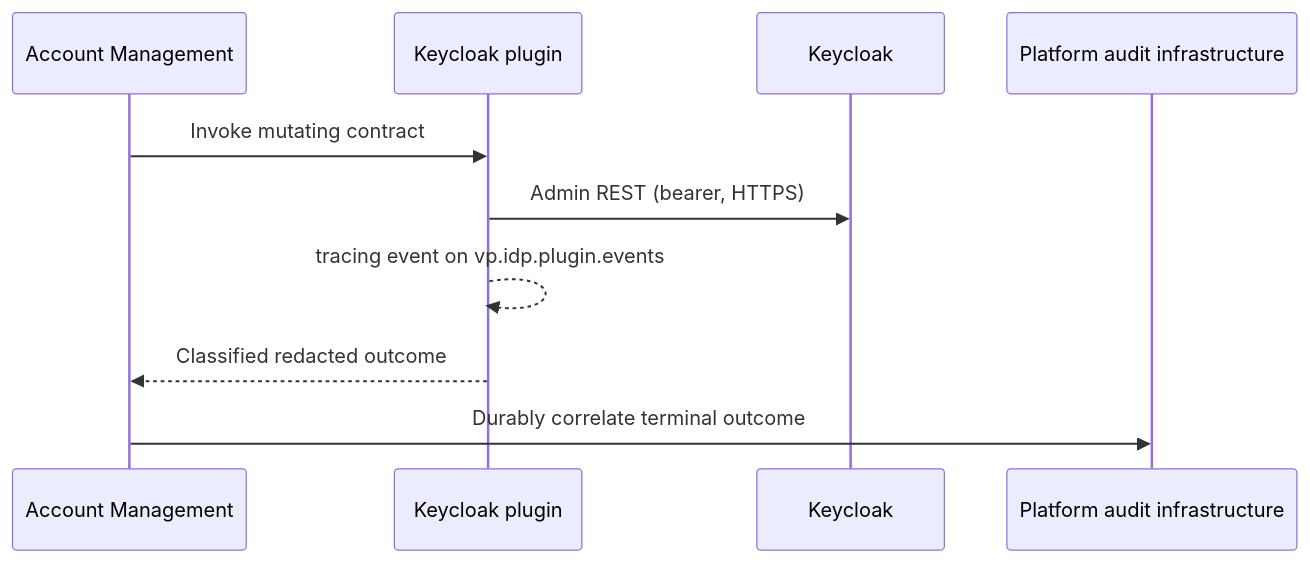
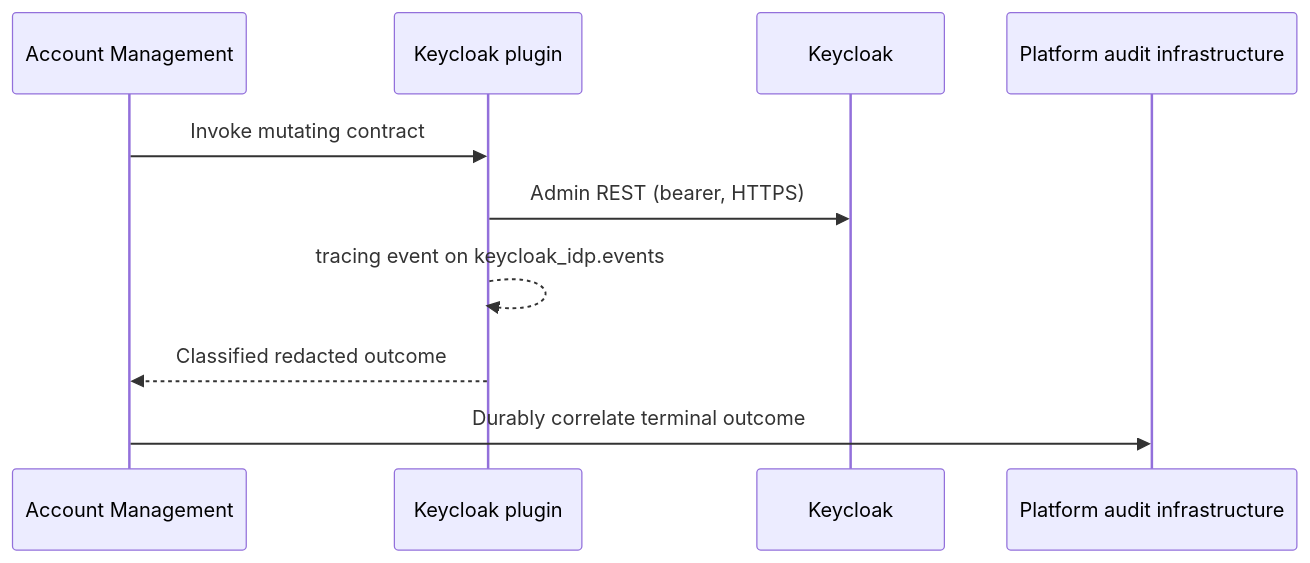
One commit to constructorfabric/gears-rust changed the third of 3 diagrams in gears/system/account-management/plugins/keycloak-idp-plugin/docs/DESIGN.md. Above: the diagram before and after it, drawn with Mermaid. The commit also changed other lines of this file and 26 other files, not shown here.

First line of the commit message:
refactor(keycloak-idp-plugin): move runtime identifiers onto repo conventions

````diff
--- a/gears/system/account-management/plugins/keycloak-idp-plugin/docs/DESIGN.md
+++ b/gears/system/account-management/plugins/keycloak-idp-plugin/docs/DESIGN.md
@@ -515,13 +537,13 @@
 ```mermaid
 sequenceDiagram
   participant AM as Account Management
   participant P as Keycloak plugin
   participant K as Keycloak
   participant A as Platform audit infrastructure
 
   AM->>P: Invoke mutating contract
   P->>K: Admin REST (bearer, HTTPS)
-  P-->>P: tracing event on vp.idp.plugin.events
+  P-->>P: tracing event on keycloak_idp.events
   P-->>AM: Classified redacted outcome
   AM->>A: Durably correlate terminal outcome
 ```
````
